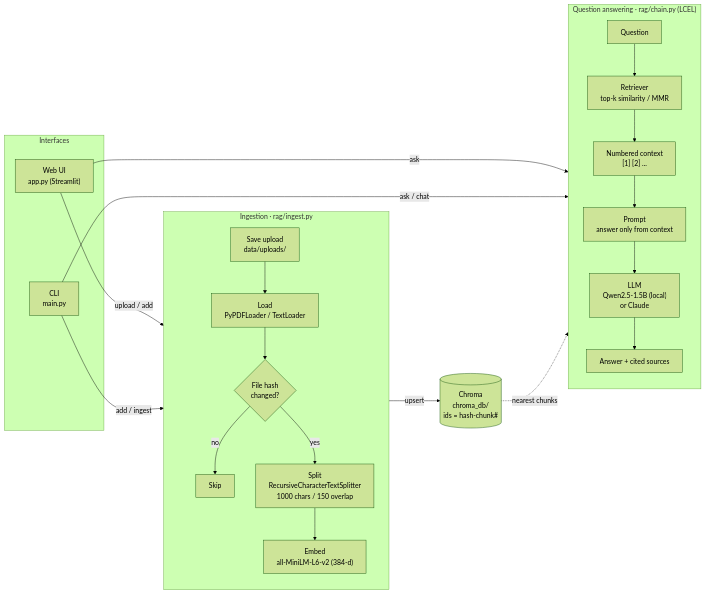
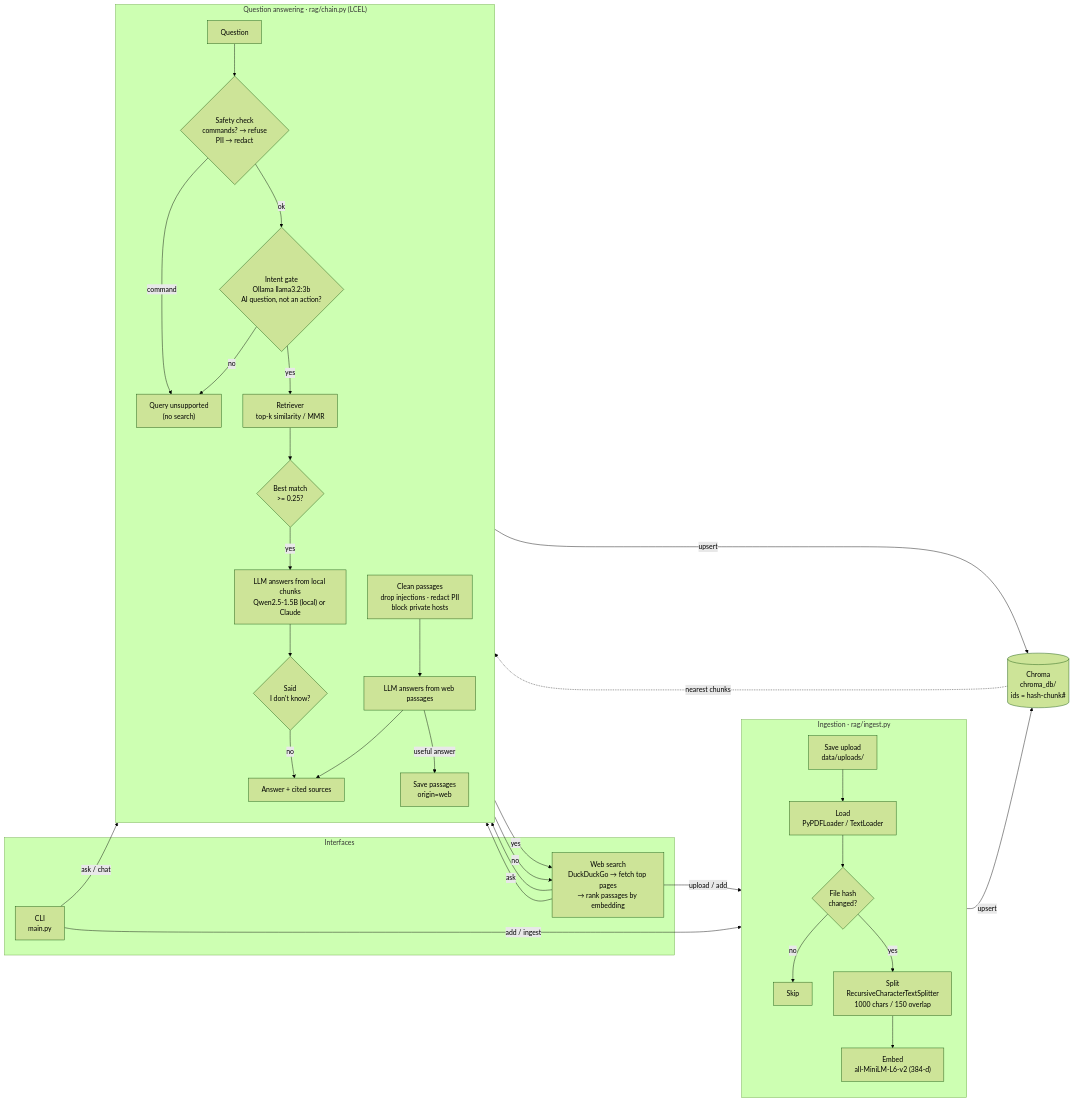
The second of 3 diagrams in README.md (radhika-singh-10/LuminusRAG), drawn with Mermaid (forest theme) before and after one commit. The commit also changed other lines of this file and 21 other files, not shown here.

````diff
--- a/README.md
+++ b/README.md
@@ -123,34 +300,45 @@
 ```mermaid
 flowchart LR
     subgraph UI["Interfaces"]
         WEB["Web UI<br/>app.py (Streamlit)"]
         CLI["CLI<br/>main.py"]
     end
 
     subgraph ING["Ingestion · rag/ingest.py"]
         direction TB
         UP["Save upload<br/>data/uploads/"] --> LOAD["Load<br/>PyPDFLoader / TextLoader"]
         LOAD --> HASH{"File hash<br/>changed?"}
         HASH -- no --> SKIP["Skip"]
         HASH -- yes --> SPLIT["Split<br/>RecursiveCharacterTextSplitter<br/>1000 chars / 150 overlap"]
         SPLIT --> EMB["Embed<br/>all-MiniLM-L6-v2 (384-d)"]
     end
 
     DB[("Chroma<br/>chroma_db/<br/>ids = hash-chunk#")]
 
     subgraph QA["Question answering · rag/chain.py (LCEL)"]
         direction TB
-        Q["Question"] --> RET["Retriever<br/>top-k similarity / MMR"]
-        RET --> FMT["Numbered context<br/>[1] [2] ..."]
-        FMT --> PROMPT["Prompt<br/>answer only from context"]
-        PROMPT --> LLM["LLM<br/>Qwen2.5-1.5B (local)<br/>or Claude"]
-        LLM --> ANS["Answer + cited sources"]
+        Q["Question"] --> SAFE{"Safety check<br/>commands? → refuse<br/>PII → redact"}
+        SAFE -- command --> UNS
+        SAFE -- ok --> GATE{"Intent gate<br/>Ollama llama3.2:3b<br/>AI question, not an action?"}
+        GATE -- no --> UNS["Query unsupported<br/>(no search)"]
+        GATE -- yes --> RET["Retriever<br/>top-k similarity / MMR"]
+        RET --> SCORE{"Best match<br/>>= 0.25?"}
+        SCORE -- yes --> LLM["LLM answers from local chunks<br/>Qwen2.5-1.5B (local) or Claude"]
+        LLM --> KNOW{"Said<br/>I don't know?"}
+        KNOW -- no --> ANS["Answer + cited sources"]
+        KNOW -- yes --> WEB
+        SCORE -- no --> WEB["Web search<br/>DuckDuckGo → fetch top pages<br/>→ rank passages by embedding"]
+        WEB --> CLEAN["Clean passages<br/>drop injections · redact PII<br/>block private hosts"]
+        CLEAN --> WLLM["LLM answers from web passages"]
+        WLLM --> ANS
+        WLLM -- "useful answer" --> SAVE["Save passages<br/>origin=web"]
     end
 
     WEB -- "upload / add" --> UP
     CLI -- "add / ingest" --> UP
     EMB -- "upsert" --> DB
+    SAVE -- "upsert" --> DB
     WEB -- "ask" --> Q
     CLI -- "ask / chat" --> Q
     DB -. "nearest chunks" .-> RET
 ```
````
